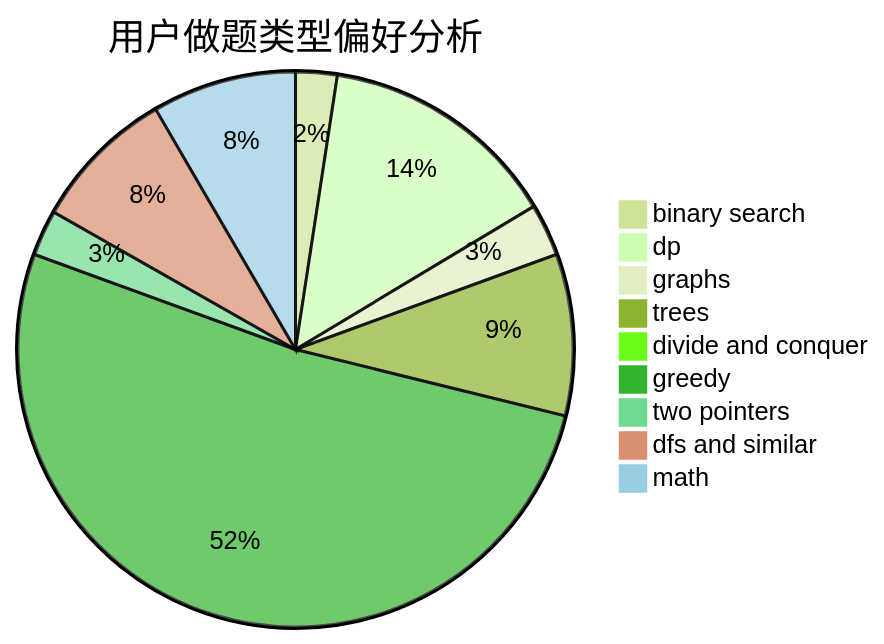
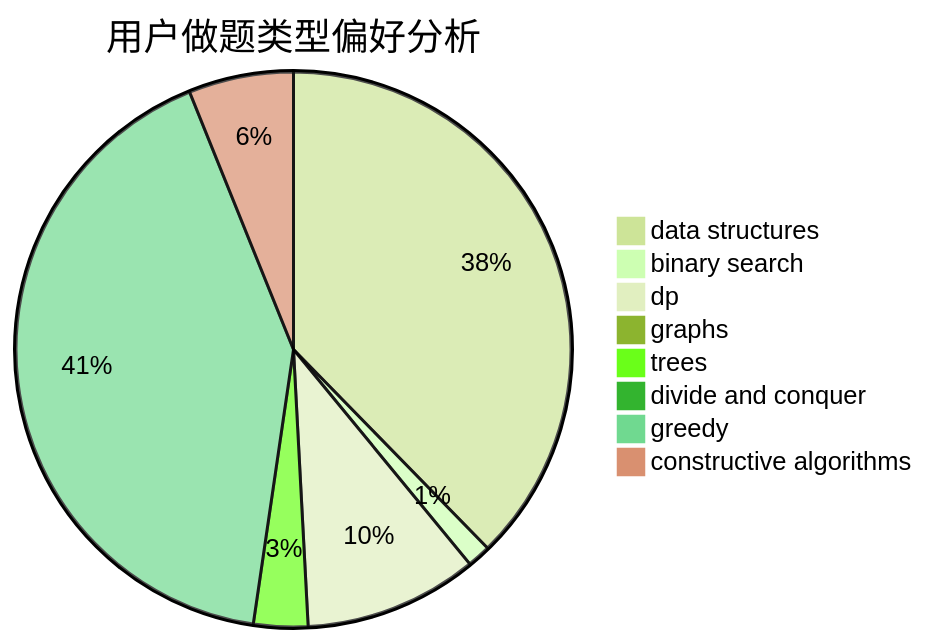
The second of 3 diagrams in docs/user/u227.md (sherpahu/cfrs.github.io), drawn with Mermaid (forest theme) before and after one commit. The commit also changed other lines of this file and 2775 other files, not shown here.

````diff
--- a/docs/user/u227.md
+++ b/docs/user/u227.md
@@ -23,12 +23,11 @@
 ```mermaid
 pie title 用户做题类型偏好分析
-    "binary search" :  19
-    "dp" :  110
-    "graphs" :  24
-    "trees" :  74
+    "data structures" :  358
+    "binary search" :  13
+    "dp" :  96
+    "graphs" :  4
+    "trees" :  30
     "divide and conquer" :  0
-    "greedy" :  407
-    "two pointers" :  21
-    "dfs and similar" :  66
-    "math" :  66
+    "greedy" :  395
+    "constructive algorithms" :  58
 ```
````
